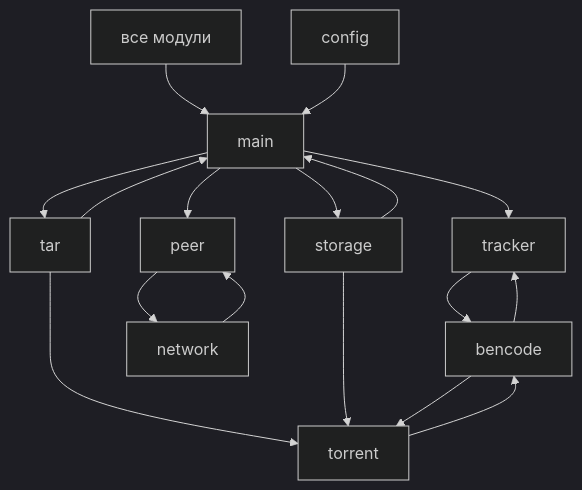
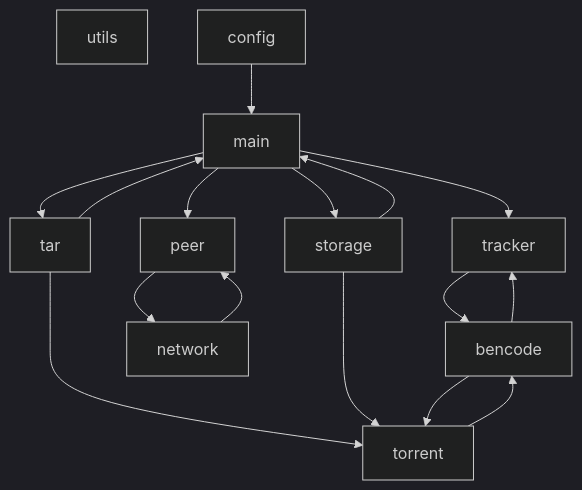
The diagram in FINAL/README.MD (molnija3d/C-2025-09-EVGENIY-Z), drawn with Mermaid (dark theme) before and after one commit.

Commit message:
working on markdown

````diff
--- a/FINAL/README.MD
+++ b/FINAL/README.MD
@@ -142,20 +142,20 @@
 ```mermaid
 graph TD
  
- utils[все модули] --> main
+ utils
  config --> main
  main --> tracker
  main --> peer
  main --> storage
  main --> tar
  tracker --> bencode
  peer --> network
  tar --> main
  tar --> torrent
  torrent --> bencode
  network --> peer
  storage --> main
  storage --> torrent
  bencode --> torrent
  bencode --> tracker
 ```
````
